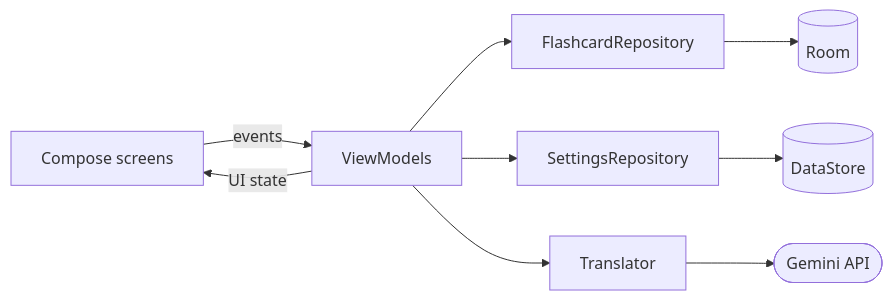
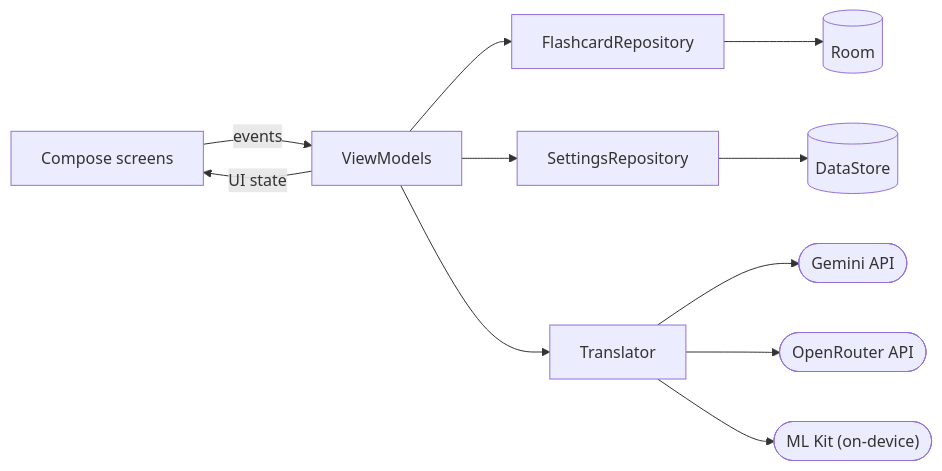
The diagram in README.md (Andreas-Erick/LanguageCoast), drawn with Mermaid before and after one commit. The commit also changed other lines of this file and 16 other files, not shown here.

First line of the commit message:
Translate on-device or through OpenRouter as well as Gemini

````diff
--- a/README.md
+++ b/README.md
@@ -85,8 +88,10 @@
 ```mermaid
 flowchart LR
     UI["Compose screens"] -- events --> VM["ViewModels"]
     VM -- UI state --> UI
     VM --> FR["FlashcardRepository"] --> Room[("Room")]
     VM --> SR["SettingsRepository"] --> DS[("DataStore")]
     VM --> TR["Translator"] --> Gemini(["Gemini API"])
+    TR --> OpenRouter(["OpenRouter API"])
+    TR --> MLKit(["ML Kit (on-device)"])
 ```
````
